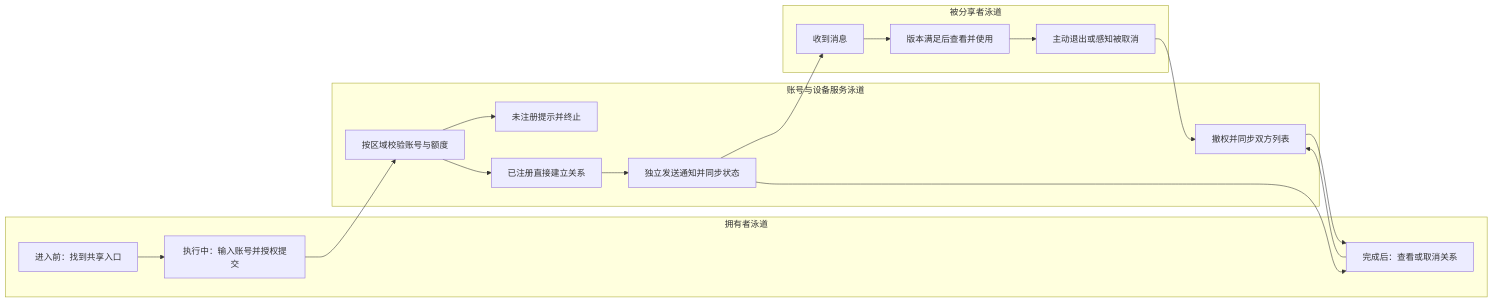
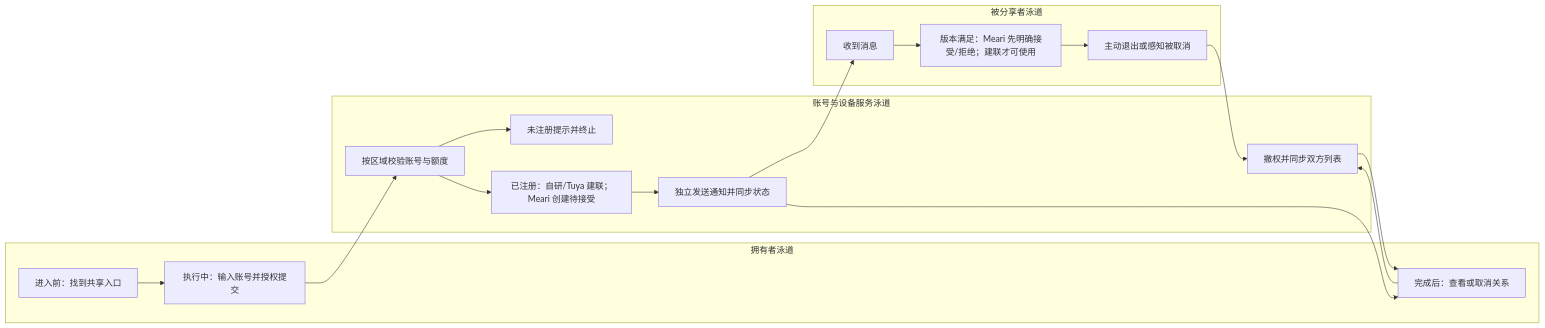
Before and after one commit to HawZZ/root-interactivable-prototype: the first of 2 diagrams in prototypes/device-sharing-phase-2/prd.md, drawn with Mermaid. The commit also changed other lines of this file and 6 other files, not shown here.

Commit message:
Update phase 2 device sharing invitation flow

````diff
--- a/prototypes/device-sharing-phase-2/prd.md
+++ b/prototypes/device-sharing-phase-2/prd.md
@@ -91,24 +91,24 @@
 ```mermaid
 flowchart LR
   subgraph O["拥有者泳道"]
     O1["进入前：找到共享入口"]
     O2["执行中：输入账号并授权提交"]
     O3["完成后：查看或取消关系"]
   end
   subgraph S["账号与设备服务泳道"]
     S1["按区域校验账号与额度"]
     S2["未注册提示并终止"]
-    S3["已注册直接建立关系"]
+    S3["已注册：自研/Tuya 建联；Meari 创建待接受"]
     S4["独立发送通知并同步状态"]
     S5["撤权并同步双方列表"]
   end
   subgraph R["被分享者泳道"]
     R1["收到消息"]
-    R2["版本满足后查看并使用"]
+    R2["版本满足：Meari 先明确接受/拒绝；建联才可使用"]
     R3["主动退出或感知被取消"]
   end
   O1 --> O2 --> S1
   S1 --> S2
   S1 --> S3 --> S4 --> R1 --> R2 --> R3 --> S5 --> O3
   S4 --> O3 --> S5
 ```
````
